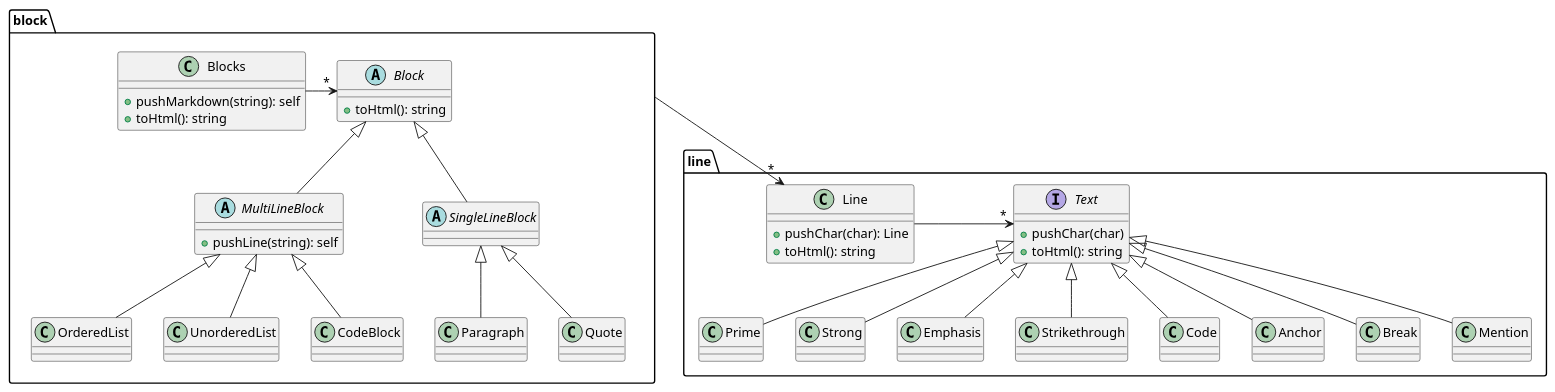
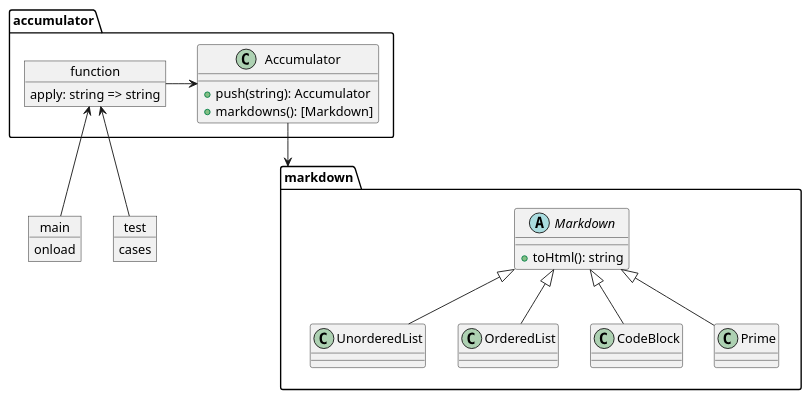
One commit to suzuki-hoge/slack-markdown changed the diagram in classes.puml. Above: the diagram before and after it, drawn with PlantUML. The commit also changed 10 other files, not shown here.

```diff
--- a/classes.puml
+++ b/classes.puml
@@ -1,59 +1,38 @@
 @startuml
 
+package accumulator {
+  object function {
+    apply: string => string
+  }
 
-package block {
-    class Blocks {
-        + pushMarkdown(string): self
+  class Accumulator {
+    + push(string): Accumulator
+    + markdowns(): [Markdown]
+  }
+
+  function -r-> Accumulator
+}
+
+package markdown {
+    abstract class Markdown {
         + toHtml(): string
     }
 
-    abstract class Block {
-        + toHtml(): string
-    }
-
-    Blocks -r-> "*" Block
-
-    abstract class SingleLineBlock {
-    }
-
-    abstract class MultiLineBlock {
-        + pushLine(string): self
-    }
-
-    SingleLineBlock -u-|> Block
-    MultiLineBlock -u-|> Block
-
-    Paragraph -u-|> SingleLineBlock
-    Quote -u-|> SingleLineBlock
-
-    OrderedList -u-|> MultiLineBlock
-    UnorderedList -u-|> MultiLineBlock
-    CodeBlock -u-|> MultiLineBlock
+    UnorderedList -u-|> Markdown
+    OrderedList -u-|> Markdown
+    CodeBlock -u-|> Markdown
+    Prime -u-|> Markdown
 }
 
-package line {
-    class Line {
-        + pushChar(char): Line
-        + toHtml(): string
-    }
+Accumulator -d-> markdown
 
-    interface Text {
-        + pushChar(char)
-        + toHtml(): string
-    }
-
-    Line -r-> "*" Text
-
-    Prime -u-|> Text
-    Strong -u-|> Text
-    Emphasis -u-|> Text
-    Strikethrough -u-|> Text
-    Code -u-|> Text
-    Anchor -u-|> Text
-    Break -u-|> Text
-    Mention -u-|> Text
+object main {
+  onload
 }
-
-block -d-> "*" Line
+object test {
+  cases
+}
+main -u-> function
+test -u-> function
 
 @enduml
```
